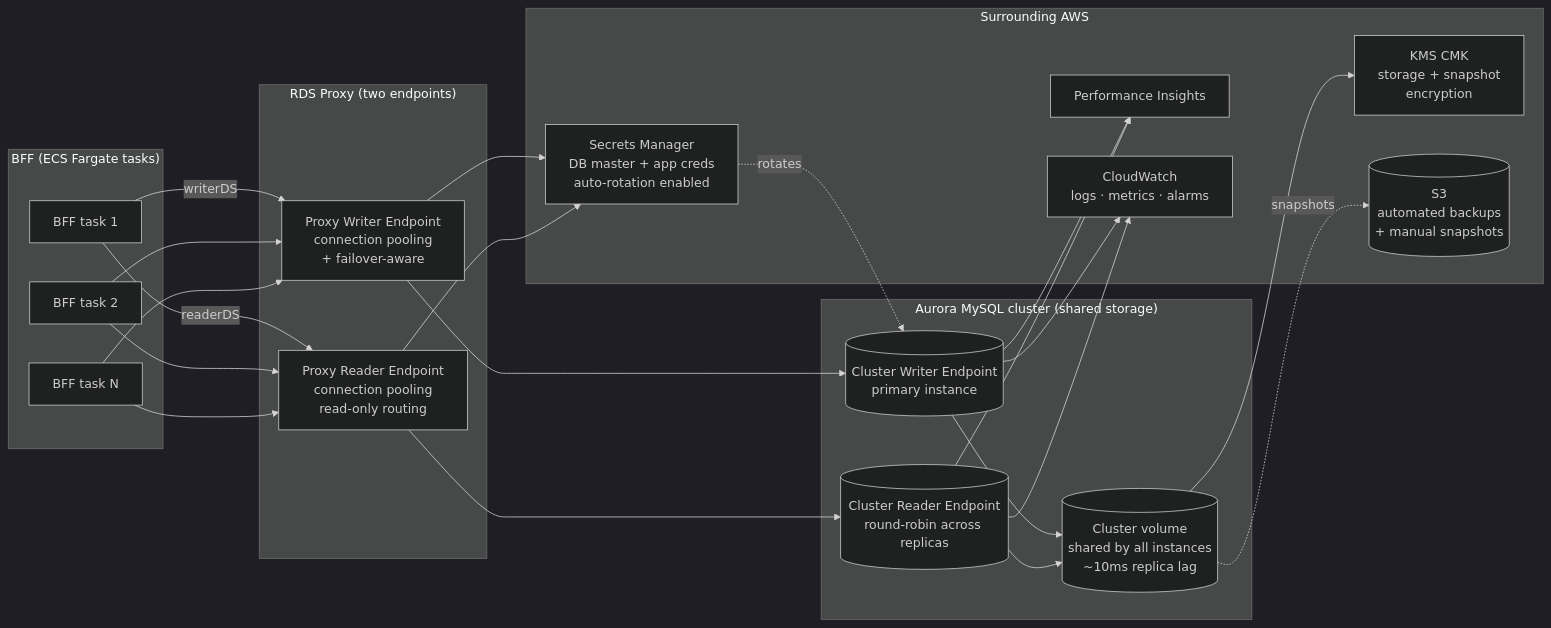
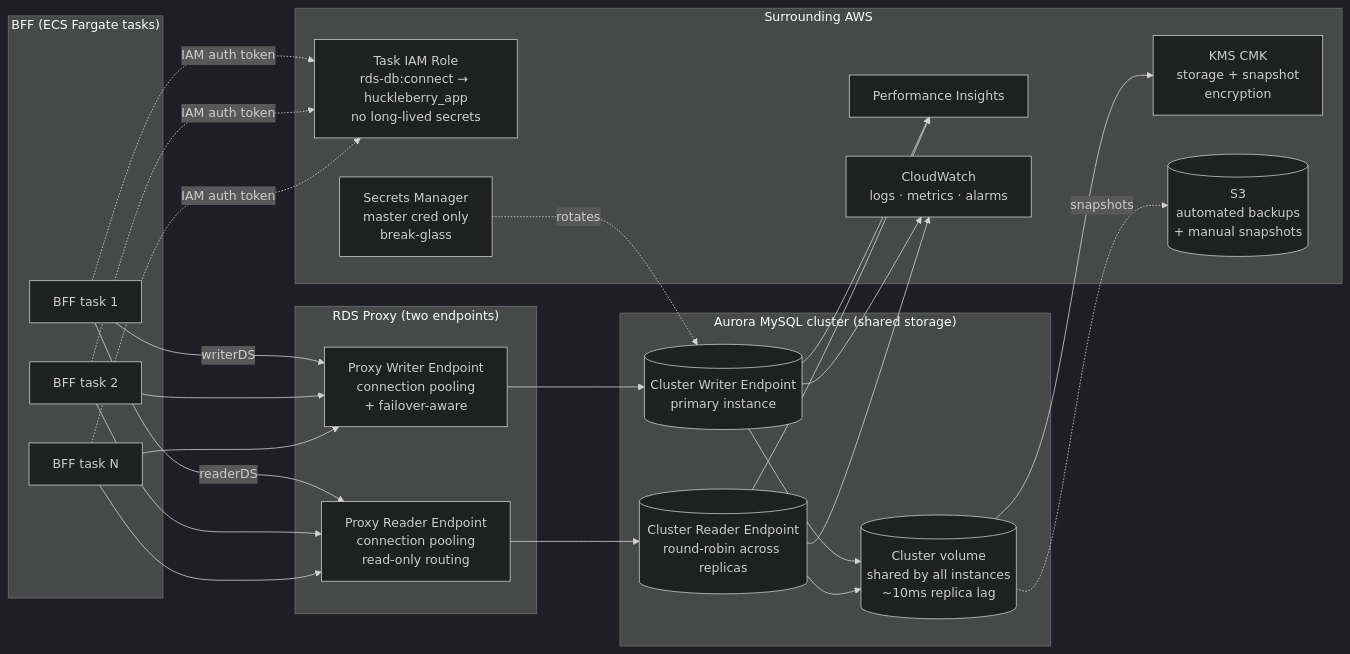
Before and after one commit to emmetuft/huckleberry-server: the first of 3 diagrams in docs/diagrams/aurora-integration.md, drawn with Mermaid (dark theme). The commit also changed other lines of this file and 1 other file, not shown here.

Commit message:
docs(authentication): split user auth from AWS service auth; add IAM database auth with examples
Reframe the auth doc around two tracks: user→huckleberry (Gatekeeper JWT) and
huckleberry→AWS (task IAM role). Adds concrete examples — IAM policy JSON, RDS
Signer code, CREATE USER DDL, TenantBoundConnection pseudocode — and an
end-to-end Mermaid sequence showing both tracks on a single Category B request.
Updates aurora-integration.md to drop Secrets-Manager-rotated app credentials
in favor of IAM database authentication (master cred in SM is break-glass only).

````diff
--- a/docs/diagrams/aurora-integration.md
+++ b/docs/diagrams/aurora-integration.md
@@ -9,50 +9,52 @@
 ```mermaid
 graph LR
     subgraph "BFF (ECS Fargate tasks)"
         BFF1[BFF task 1]
         BFF2[BFF task 2]
         BFFN[BFF task N]
     end
 
     subgraph "RDS Proxy (two endpoints)"
         PROXY_W[Proxy Writer Endpoint<br/>connection pooling<br/>+ failover-aware]
         PROXY_R[Proxy Reader Endpoint<br/>connection pooling<br/>read-only routing]
     end
 
     subgraph "Aurora MySQL cluster (shared storage)"
         WRITER[(Cluster Writer Endpoint<br/>primary instance)]
         READER[(Cluster Reader Endpoint<br/>round-robin across replicas)]
         STORAGE[(Cluster volume<br/>shared by all instances<br/>~10ms replica lag)]
     end
 
     subgraph "Surrounding AWS"
-        SM[Secrets Manager<br/>DB master + app creds<br/>auto-rotation enabled]
+        TASK_ROLE[Task IAM Role<br/>rds-db:connect → huckleberry_app<br/>no long-lived secrets]
+        SM[Secrets Manager<br/>master cred only<br/>break-glass]
         KMS[KMS CMK<br/>storage + snapshot<br/>encryption]
         S3_BACKUP[(S3<br/>automated backups<br/>+ manual snapshots)]
         PI[Performance Insights]
         CW[CloudWatch<br/>logs · metrics · alarms]
     end
 
     BFF1 -->|writerDS| PROXY_W
     BFF1 -->|readerDS| PROXY_R
     BFF2 --> PROXY_W
     BFF2 --> PROXY_R
     BFFN --> PROXY_W
     BFFN --> PROXY_R
 
     PROXY_W --> WRITER
     PROXY_R --> READER
 
     WRITER --> STORAGE
     READER --> STORAGE
 
-    PROXY_W --> SM
-    PROXY_R --> SM
+    BFF1 -.IAM auth token.-> TASK_ROLE
+    BFF2 -.IAM auth token.-> TASK_ROLE
+    BFFN -.IAM auth token.-> TASK_ROLE
     STORAGE --> KMS
     STORAGE -.snapshots.-> S3_BACKUP
     WRITER --> PI
     READER --> PI
     WRITER --> CW
     READER --> CW
     SM -.rotates.-> WRITER
 ```
````
